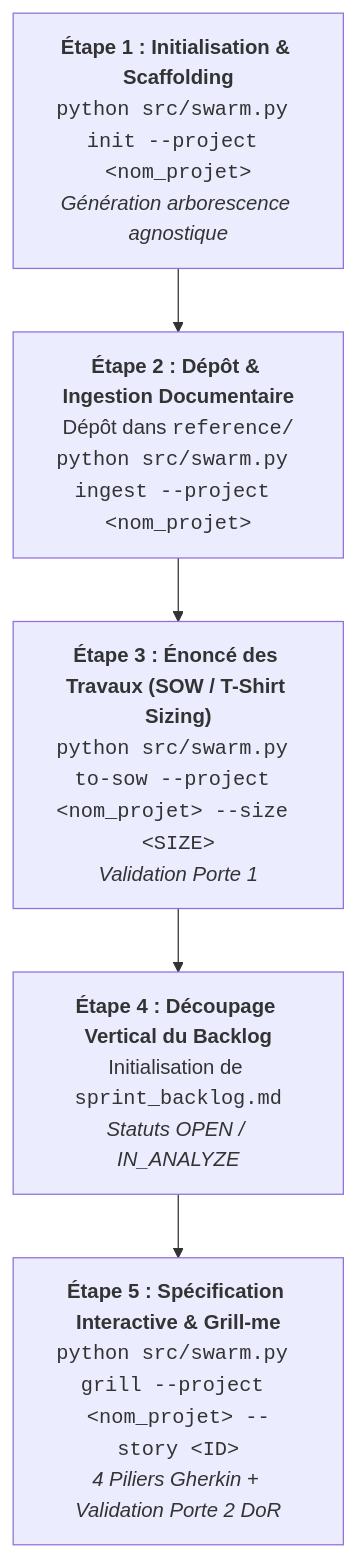
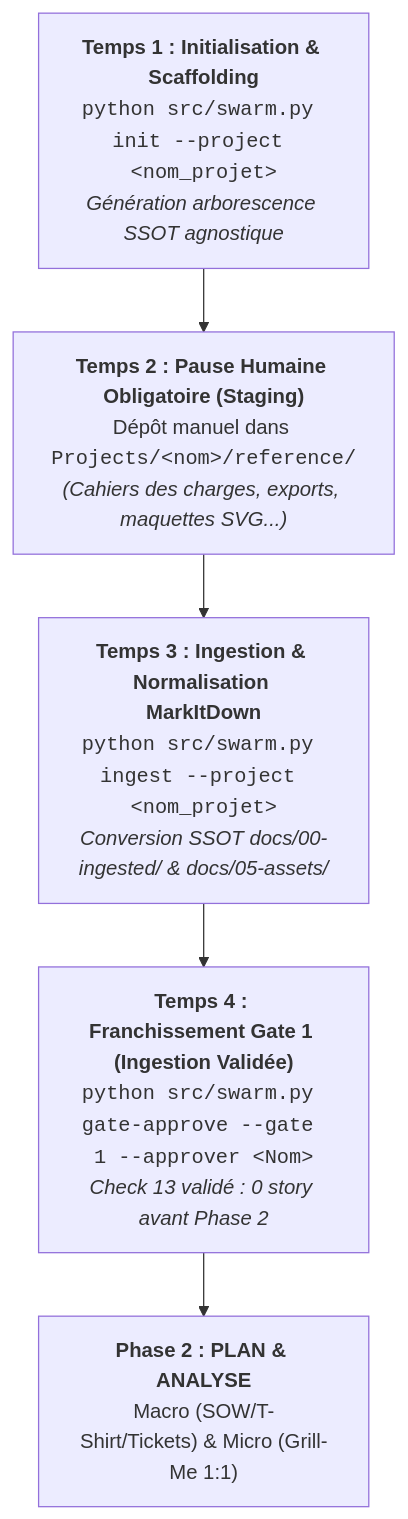
One commit to Marco-Lefrancois/memory-loop changed the diagram in standards/protocols/PROJECT_CREATION_PROCEDURE.md. Above: the diagram before and after it, drawn with Mermaid. The commit also changed other lines of this file and 88 other files, not shown here.

````diff
--- a/standards/protocols/PROJECT_CREATION_PROCEDURE.md
+++ b/standards/protocols/PROJECT_CREATION_PROCEDURE.md
@@ -22,8 +22,8 @@
 ```mermaid
 flowchart TD
-    E1["<b>Étape 1 : Initialisation & Scaffolding</b><br><code>python src/swarm.py init --project &lt;nom_projet&gt;</code><br><i>Génération arborescence agnostique</i>"]
-    E1 --> E2["<b>Étape 2 : Dépôt & Ingestion Documentaire</b><br>Dépôt dans <code>reference/</code><br><code>python src/swarm.py ingest --project &lt;nom_projet&gt;</code>"]
-    E2 --> E3["<b>Étape 3 : Énoncé des Travaux (SOW / T-Shirt Sizing)</b><br><code>python src/swarm.py to-sow --project &lt;nom_projet&gt; --size &lt;SIZE&gt;</code><br><i>Validation Porte 1</i>"]
-    E3 --> E4["<b>Étape 4 : Découpage Vertical du Backlog</b><br>Initialisation de <code>sprint_backlog.md</code><br><i>Statuts OPEN / IN_ANALYZE</i>"]
-    E4 --> E5["<b>Étape 5 : Spécification Interactive & Grill-me</b><br><code>python src/swarm.py grill --project &lt;nom_projet&gt; --story &lt;ID&gt;</code><br><i>4 Piliers Gherkin + Validation Porte 2 DoR</i>"]
+    E1["<b>Temps 1 : Initialisation & Scaffolding</b><br><code>python src/swarm.py init --project &lt;nom_projet&gt;</code><br><i>Génération arborescence SSOT agnostique</i>"]
+    E1 --> E2["<b>Temps 2 : Pause Humaine Obligatoire (Staging)</b><br>Dépôt manuel dans <code>Projects/&lt;nom&gt;/reference/</code><br><i>(Cahiers des charges, exports, maquettes SVG...)</i>"]
+    E2 --> E3["<b>Temps 3 : Ingestion & Normalisation MarkItDown</b><br><code>python src/swarm.py ingest --project &lt;nom_projet&gt;</code><br><i>Conversion SSOT docs/00-ingested/ & docs/05-assets/</i>"]
+    E3 --> E4["<b>Temps 4 : Franchissement Gate 1 (Ingestion Validée)</b><br><code>python src/swarm.py gate-approve --gate 1 --approver &lt;Nom&gt;</code><br><i>Check 13 validé : 0 story avant Phase 2</i>"]
+    E4 --> E5["<b>Phase 2 : PLAN & ANALYSE</b><br>Macro (SOW/T-Shirt/Tickets) & Micro (Grill-Me 1:1)"]
 ```
````
